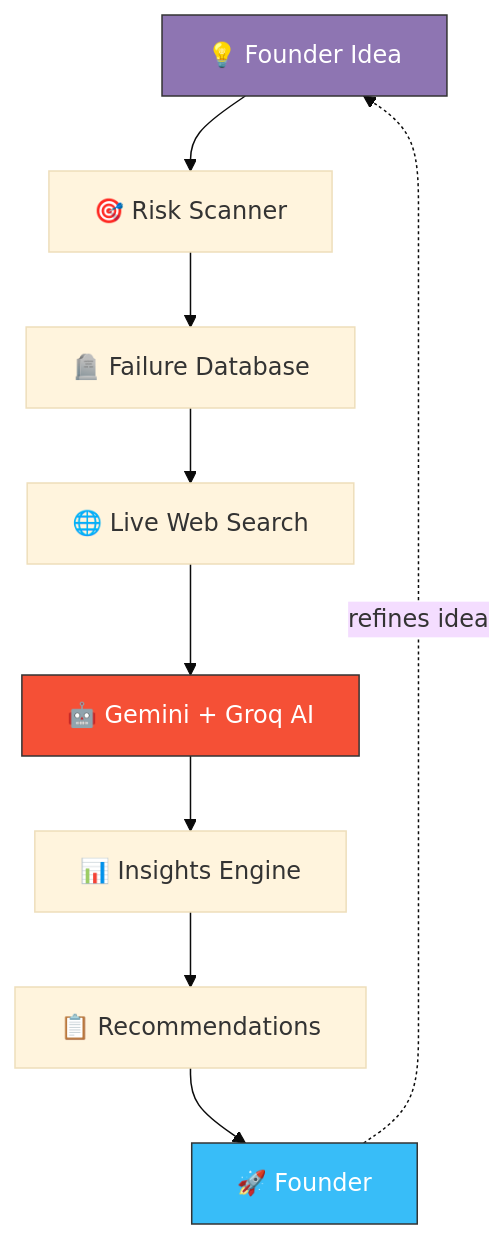
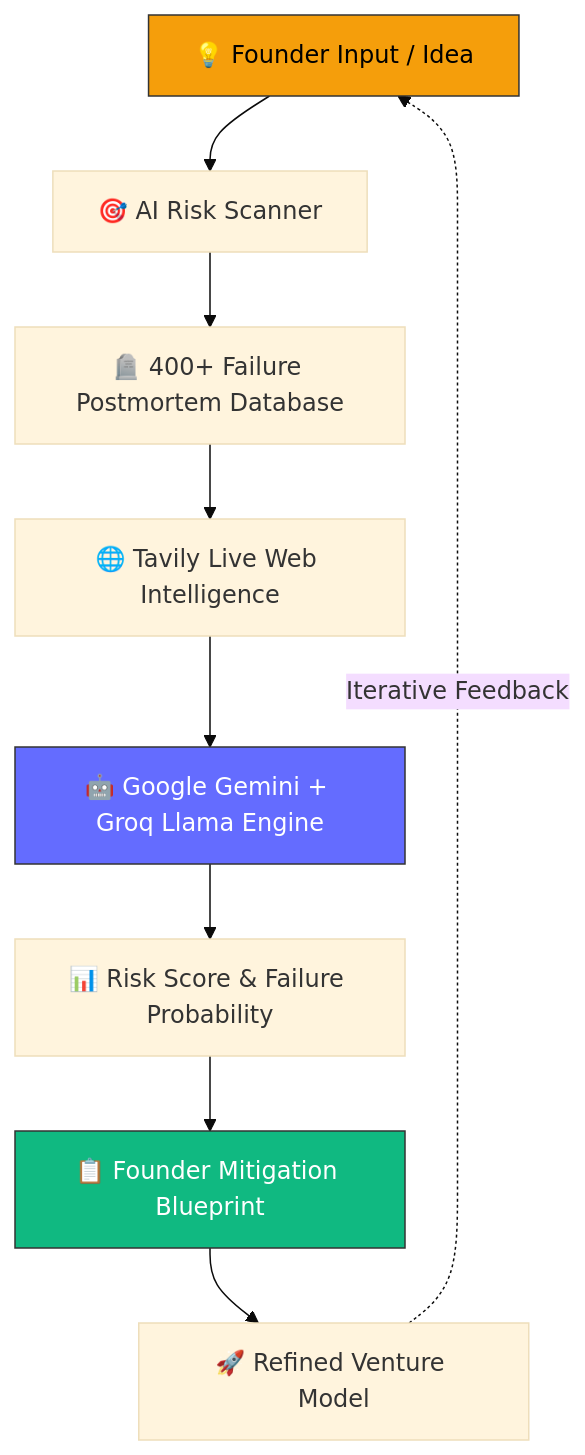
Before and after one commit to badgujarkunal93-blip/Code-Regime: the diagram in README.md, drawn with Mermaid (base theme). The commit also changed other lines of this file and 1 other file, not shown here.

Commit message:
docs: Upgrade README.md with high-impact 6-petal logo header, architecture diagrams, and API docs

````diff
--- a/README.md
+++ b/README.md
@@ -275,15 +160,15 @@
 ```mermaid
 flowchart TD
-    A[💡 Founder Idea] --> B[🎯 Risk Scanner]
-    B --> C[🪦 Failure Database]
-    C --> D[🌐 Live Web Search]
-    D --> E[🤖 Gemini + Groq AI]
-    E --> F[📊 Insights Engine]
-    F --> G[📋 Recommendations]
-    G --> H[🚀 Founder]
-    H -.refines idea.-> A
+    A[💡 Founder Input / Idea] --> B[🎯 AI Risk Scanner]
+    B --> C[🪦 400+ Failure Postmortem Database]
+    C --> D[🌐 Tavily Live Web Intelligence]
+    D --> E[🤖 Google Gemini + Groq Llama Engine]
+    E --> F[📊 Risk Score & Failure Probability]
+    F --> G[📋 Founder Mitigation Blueprint]
+    G --> H[🚀 Refined Venture Model]
+    H -. Iterative Feedback .-> A
 
-    style A fill:#8E75B2,stroke:#333,color:#fff
-    style H fill:#38BDF8,stroke:#333,color:#fff
-    style E fill:#F55036,stroke:#333,color:#fff
+    style A fill:#f59e0b,stroke:#333,color:#000
+    style E fill:#646cff,stroke:#333,color:#fff
+    style G fill:#10b981,stroke:#333,color:#fff
 ```
````
